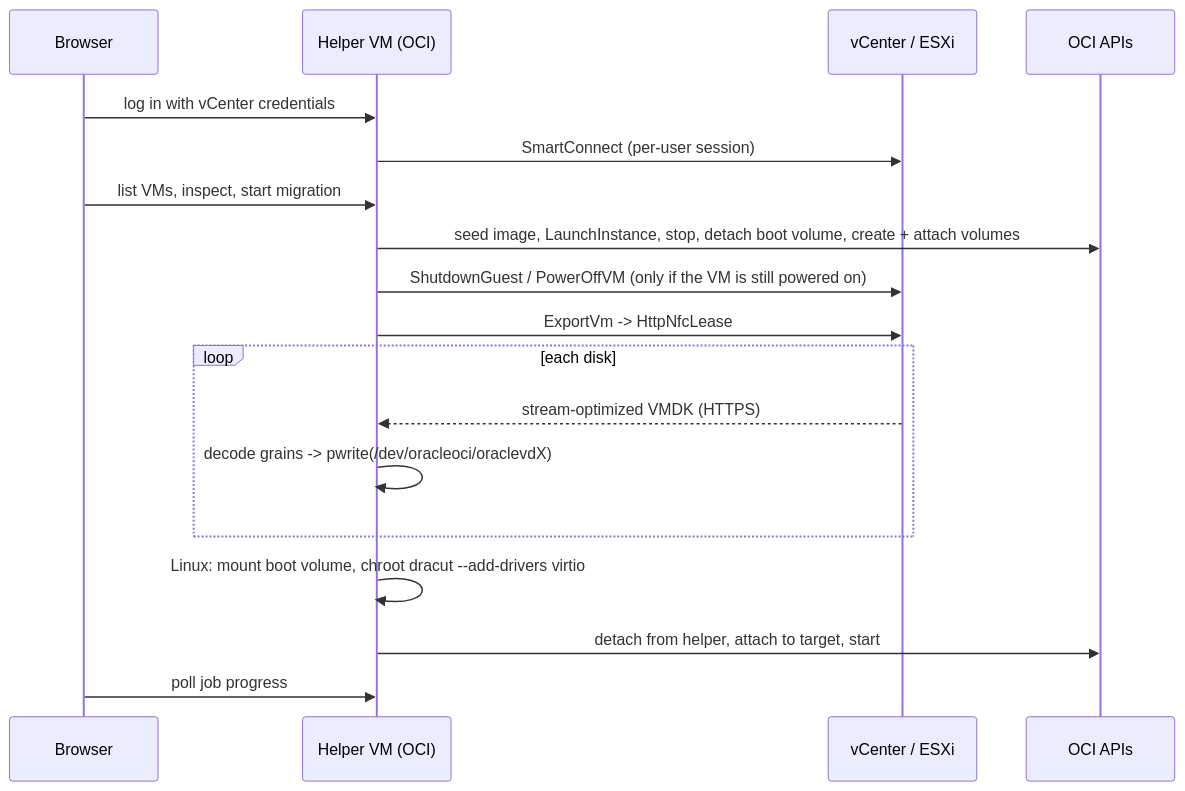
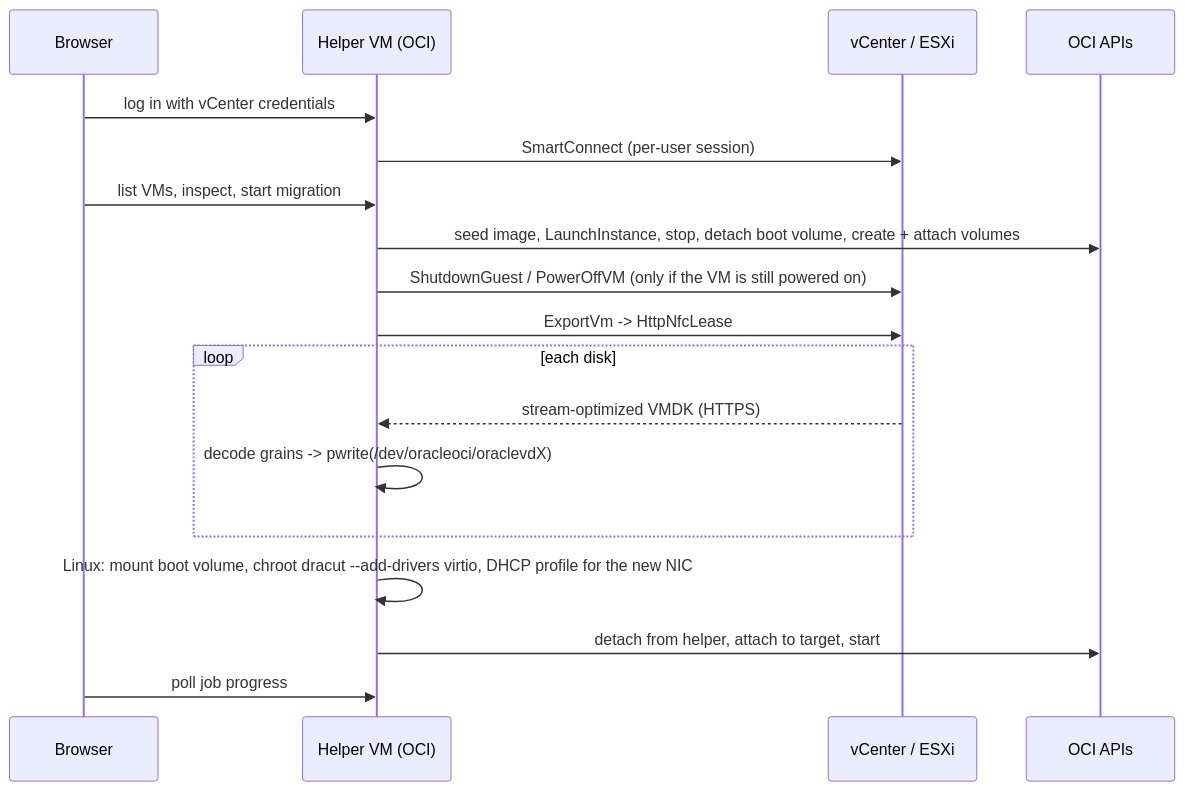
The diagram in docs/how-it-works.md (RichardORCL/vmware-migration-helper), drawn with Mermaid before and after one commit. The commit also changed other lines of this file and 16 other files, not shown here.

````diff
--- a/docs/how-it-works.md
+++ b/docs/how-it-works.md
@@ -29,20 +32,20 @@
 ```mermaid
 sequenceDiagram
     participant B as Browser
     participant H as Helper VM (OCI)
     participant VC as vCenter / ESXi
     participant OCI as OCI APIs
     B->>H: log in with vCenter credentials
     H->>VC: SmartConnect (per-user session)
     B->>H: list VMs, inspect, start migration
     H->>OCI: seed image, LaunchInstance, stop, detach boot volume, create + attach volumes
     H->>VC: ShutdownGuest / PowerOffVM (only if the VM is still powered on)
     H->>VC: ExportVm -> HttpNfcLease
     loop each disk
         VC-->>H: stream-optimized VMDK (HTTPS)
         H->>H: decode grains -> pwrite(/dev/oracleoci/oraclevdX)
     end
-    H->>H: Linux: mount boot volume, chroot dracut --add-drivers virtio
+    H->>H: Linux: mount boot volume, chroot dracut --add-drivers virtio, DHCP profile for the new NIC
     H->>OCI: detach from helper, attach to target, start
     B->>H: poll job progress
 ```
````
